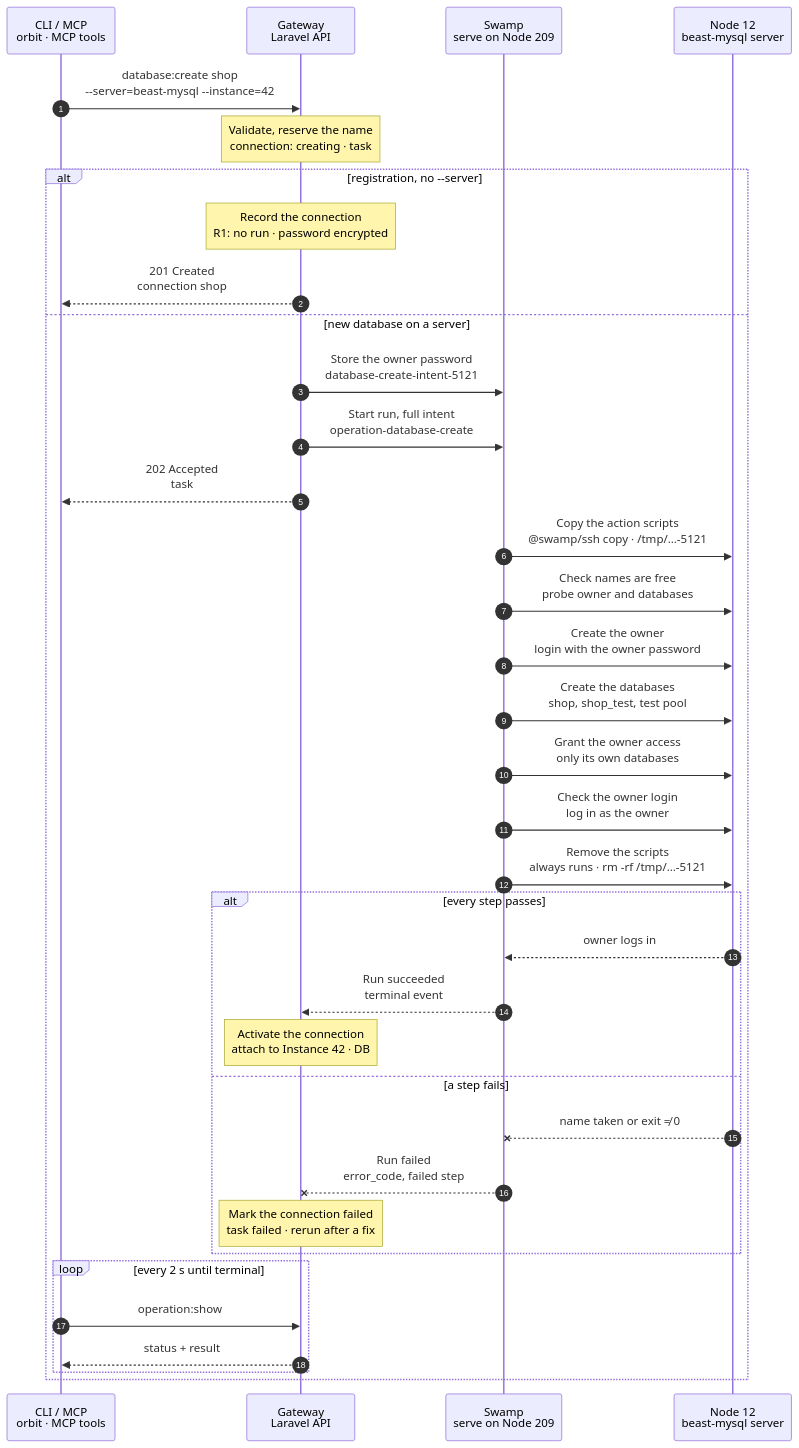
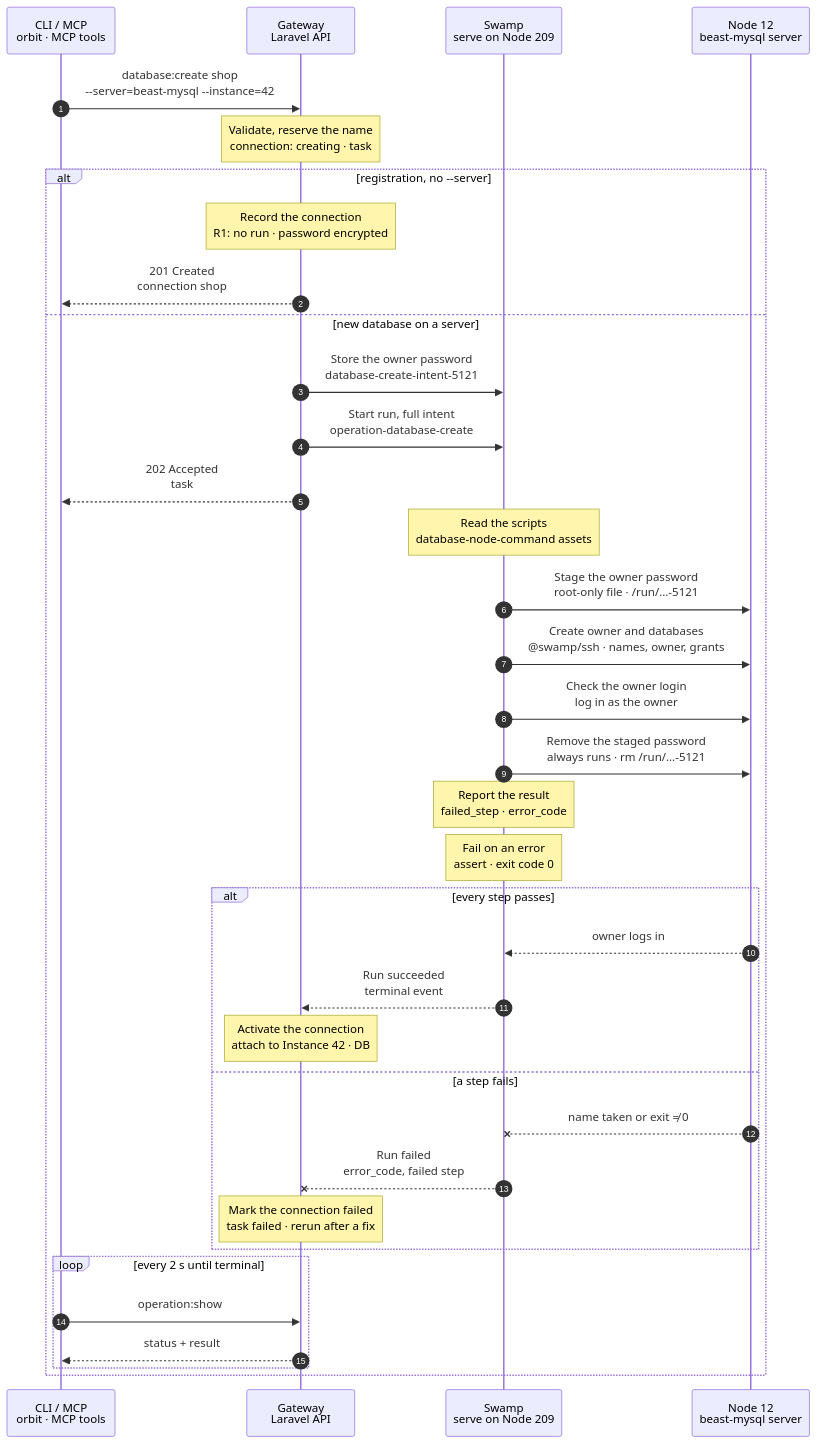
Before and after one commit to hardimpactdev/orbit: the diagram in docs/flows/database.create.mmd, drawn with Mermaid. The commit also changed 48 other files, not shown here.

```diff
--- a/docs/flows/database.create.mmd
+++ b/docs/flows/database.create.mmd
@@ -1,152 +1,151 @@
 sequenceDiagram
-  %% Target design: ADR 0244 task, DECISIONS R1-R4, 5 (swamp role SSH identity), round 2 bugs (server admin password by its own vault key, cleanup on pass or fail). docs/reference/database-servers.md.
+  %% Target design: ADR 0244 task, DECISIONS R1-R4, 5 (swamp role SSH identity), round 2 bugs (server admin password by its own vault key; the owner password is staged and always removed), flow-tighten. docs/reference/database-servers.md.
   %% status: draft
   %% command: database:create
   autonumber
   %% lane CLI icon=terminal pill=caller tone=gray
   %% lane GW icon=gateway pill=intent tone=blue
   %% lane SW icon=workflow pill=executes tone=green
   %% lane N icon=server pill=target tone=amber
   participant CLI as CLI / MCP<br/>orbit · MCP tools
   participant GW as Gateway<br/>Laravel API
   participant SW as Swamp<br/>serve on Node 209
   participant N as Node 12<br/>beast-mysql server
   CLI->>GW: database:create shop<br/>--server=beast-mysql --instance=42
   %%> Command:
   %%> - `orbit database:create shop --server=beast-mysql --instance=42`
   %%> - syntax: `<slug> --server=SERVER [--instance=ID] [--locale=C|C.UTF-8] [--test-processes=N]`
   %%> - or, to register an existing database: `<slug> --driver=DRIVER [--host=HOST] [--port=PORT] [--database=NAME] [--path=PATH] [--username=USER] [--password=SECRET] [--node=NODE]`
   %%> - on a Valkey server: `<slug> --server=SERVER --pattern=PATTERN ... --allow=RULE ... [--database=INDEX]`
   %%> Input:
   %%> - the connection slug as the argument: lowercase kebab, at most 63 characters
   %%> - with `--server`: the Database server that gets the new database
   %%> - with `--instance`: the Instance that owns the database and gets it attached under prefix `DB`
   %%> Who can call it:
   %%> - the `orbit` CLI and the MCP tool send the same request
   Note over GW: Validate, reserve the name<br/>connection: creating · task #5121
   %%> Requirements:
   %%> - the slug `shop` is free (`database.slug_conflict`)
   %%> - with `--server`: Database server `beast-mysql` is active, and your Node has an access grant to Node 12
   %%> - with `--instance`: Instance 42 exists, and the server is MySQL or PostgreSQL (`database.driver_unsupported` for Valkey)
   %%> - `--locale` and `--test-processes` only on PostgreSQL; `--pattern` and `--allow` only on Valkey
   %%> - no database removal runs on `beast-mysql`; the Gateway holds one lock per Database server
   %%> Builds:
   %%> - the names from the slug: database `shop`, test database `shop_test`, owner `<project>_<instance>`
   %%> - a new owner password, or the existing one when Instance 42 already has an owner on this server
   %%> Decides:
   %%> - whether this is a registration of an existing database, or a new database on a server
   alt registration, no --server
     Note over GW: Record the connection<br/>R1: no run · password encrypted
     %%> When:
     %%> - `--driver` registers a database that already exists, for example on another host or a SQLite file
     %%> Result:
     %%> - connection `shop` is recorded, with its password encrypted
     %%> - no task and no Swamp run start (R1); nothing changes on any Node
     GW-->>CLI: 201 Created<br/>connection shop
     %%> What you get:
     %%> - the connection record at once; there is nothing to follow
   else new database on a server
     GW->>SW: Store the owner password<br/>database-create-intent-5121
     %%> What it does:
     %%> - puts the owner password into the Swamp vault on Node 209, after the task is committed (R3)
     %%> Not included:
     %%> - the server's admin password; it is already in the vault under the server's own key `database-server-3-admin`
     %%> Why:
     %%> - secrets go Gateway → vault → step; workflow inputs carry only vault key names
     GW->>SW: Start run, full intent<br/>operation-database-create
     %%> What it does:
     %%> - starts one Swamp run on serve (Node 209)
     %%> Inputs:
     %%> - the driver, database names, owner name, test pool size and locale
     %%> - the vault key names `database-create-intent-5121` and `database-server-3-admin`
     %%> - Node 12's address and SSH host keys; the SSH identity comes from the `swamp` role
     GW-->>CLI: 202 Accepted<br/>task #5121
     %%> What you get:
     %%> - the task number, at once
     %%> Next:
     %%> - the CLI follows the task with `operation:show`
-    SW->>N: Copy the action scripts<br/>@swamp/ssh copy · /tmp/…-5121
+    Note over SW: Read the scripts<br/>database-node-command assets
+    %%> What it does:
+    %%> - reads the shipped phase script on 209, to send it over SSH in argv
+    SW->>N: Stage the owner password<br/>root-only file · /run/…-5121
+    %%> What it does:
+    %%> - writes the owner password, from `vault.get` on standard input, to a root-only file on Node 12
+    %%> Why:
+    %%> - the next step needs two secrets, and a step takes one on standard input: the admin password comes there, the owner password from this file
+    %%> - the admin password never enters the intent's vault entry (R3)
+    SW->>N: Create owner and databases<br/>@swamp/ssh · names, owner, grants
     %%> How:
-    %%> - Swamp reaches Node 12 over SSH from 209 with the official `@swamp/ssh` behavior
-    %%> - the SSH identity is the one the `swamp` role owns, at its one role-defined place
-    %%> What it does:
-    %%> - copies the shipped action scripts into `/tmp/orbit-database-create-5121`
-    SW->>N: Check names are free<br/>probe owner and databases
-    %%> What it does:
+    %%> - Swamp reaches Node 12 over SSH from 209 with the official `@swamp/ssh` behavior and the `swamp` role's SSH identity
+    %%> - the script runs the fixed `mysql`, `psql` or Valkey client inside the server container
+    %%> - it reads the admin password with `vault.get` on standard input and the owner password from the staged file, never in argv
+    %%> What it does, in order:
     %%> - checks that the database names and the owner are unused, or already belong to this connection
+    %%> - creates the owner login, or keeps it when it already exists with this password
+    %%> - creates the primary database, and with `--instance` the test database
+    %%> - grants the owner its databases and test databases, nothing else
     %%> Refuses:
-    %%> - a name the server already has for something else (`database.name_conflict`); nothing changes
-    %%> How:
-    %%> - each script runs the fixed `mysql`, `psql` or Valkey client inside the server container
-    %%> - the step reads both passwords with `vault.get` and passes them on standard input, never in argv
-    SW->>N: Create the owner<br/>login with the owner password
-    %%> What it does:
-    %%> - creates the owner login, or keeps it when it already exists with this password
+    %%> - a name the server already has for something else (`database.name_conflict`), before any change
     %%> Per driver:
     %%> - MySQL, PostgreSQL: one owner per Instance on a server; a second database for Instance 42 reuses it
-    %%> - Valkey: `ACL SETUSER shop reset on #<hash> resetchannels ~<pattern> -@all +<rule> -@admin -@dangerous -function -script`
+    %%> - MySQL: one grant per database, plus one for the test prefix
+    %%> - PostgreSQL: also `shop_test_test_1` to `_8`, with the chosen locale and `TEMPLATE template0`; revokes PUBLIC access, then grants the public schema to the owner
+    %%> - Valkey: `ACL SETUSER shop reset on #<hash> resetchannels ~<pattern> -@all +<rule> -@admin -@dangerous -function -script`, then `ACL SAVE`; no database, the connection records index 1, checked against the live server
     %%> - Valkey with `--allow=flushdb`: `+flushdb` follows the final deny; give the user its own `--database` index
-    SW->>N: Create the databases<br/>shop, shop_test, test pool
-    %%> What it does:
-    %%> - creates the primary database, and with `--instance` the test database
-    %%> Per driver:
-    %%> - PostgreSQL: also `shop_test_test_1` to `_8`, with the chosen locale and `TEMPLATE template0`
-    %%> - Valkey: no database; the connection records index 1, checked against the live server
-    SW->>N: Grant the owner access<br/>only its own databases
-    %%> What it does:
-    %%> - grants the owner its databases and test databases, nothing else
-    %%> Per driver:
-    %%> - MySQL: one grant per database, plus one for the test prefix
-    %%> - PostgreSQL: revokes PUBLIC access, then grants the public schema to the owner
-    %%> - Valkey: `ACL SAVE`, so the user survives a restart
     SW->>N: Check the owner login<br/>log in as the owner
     %%> What it does:
     %%> - logs in as the owner and checks it reaches each new database
     %%> Why:
     %%> - the connection only counts as active when the server accepts it
-    SW->>N: Remove the scripts<br/>always runs · rm -rf /tmp/…-5121
+    SW->>N: Remove the staged password<br/>always runs · rm /run/…-5121
     %%> When:
-    %%> - always, after the steps above, whether they passed or failed
+    %%> - always, as the last Node step, whether the steps above passed or failed
     %%> What it does:
-    %%> - removes `/tmp/orbit-database-create-5121`, so no scripts stay on Node 12
+    %%> - removes the staged owner password from Node 12
     %%> If it fails:
-    %%> - the task result does not change; the directory holds no secrets
+    %%> - the task result does not change; the next run on Node 12 overwrites the file
+    Note over SW: Report the result<br/>failed_step · error_code
+    %%> What it does:
+    %%> - maps the first failed step to its error code, for example `database.name_conflict`
+    Note over SW: Fail on an error<br/>assert · exit code 0
+    %%> What it does:
+    %%> - fails the run when the report holds an `error_code`, so the task fails with that code
     alt every step passes
       N-->>SW: owner logs in
       %%> Returns:
       %%> - the check passed for every database
       SW-->>GW: Run succeeded<br/>terminal event
       %%> How the Gateway learns it:
       %%> - its shared run reader sees the terminal event; Swamp never calls the Gateway
       Note over GW: Activate the connection<br/>attach to Instance 42 · DB
       %%> Result:
       %%> - connection `shop` becomes active, linked to `beast-mysql`, with Node 12's address and port
       %%> - with `--instance`: Instance 42 owns it and gets its `DB_*` keys; run `env:sync` to install them
       %%> - task #5121 succeeds
     else a step fails
       N--xSW: name taken or exit ≠ 0
       %%> When:
       %%> - a name is taken, SQL fails, SSH fails, or the owner cannot log in
       SW--xGW: Run failed<br/>error_code, failed step
       %%> The Gateway reads:
       %%> - which step failed and its error code
       Note over GW: Mark the connection failed<br/>task failed · rerun after a fix
       %%> Result:
       %%> - connection `shop` stays reserved, marked failed, with its encrypted owner password
       %%> - task #5121 fails
       %%> On the Node:
       %%> - an owner or database created before the failure stays; there is no rollback
       %%> - that is safe: the name check accepts objects that already belong to this connection
       %%> Retry:
       %%> - run the same command again; it reuses the reservation and finishes the missing steps
       %%> - a changed request is a conflict (`database.slug_conflict`)
     end
     loop every 2 s until terminal
       CLI->>GW: operation:show #5121
       %%> What it does:
       %%> - asks for the task's status every 2 seconds until it has ended
       GW-->>CLI: status + result
       %%> Returns:
       %%> - the current status, and the result once the task has ended
     end
   end
```
